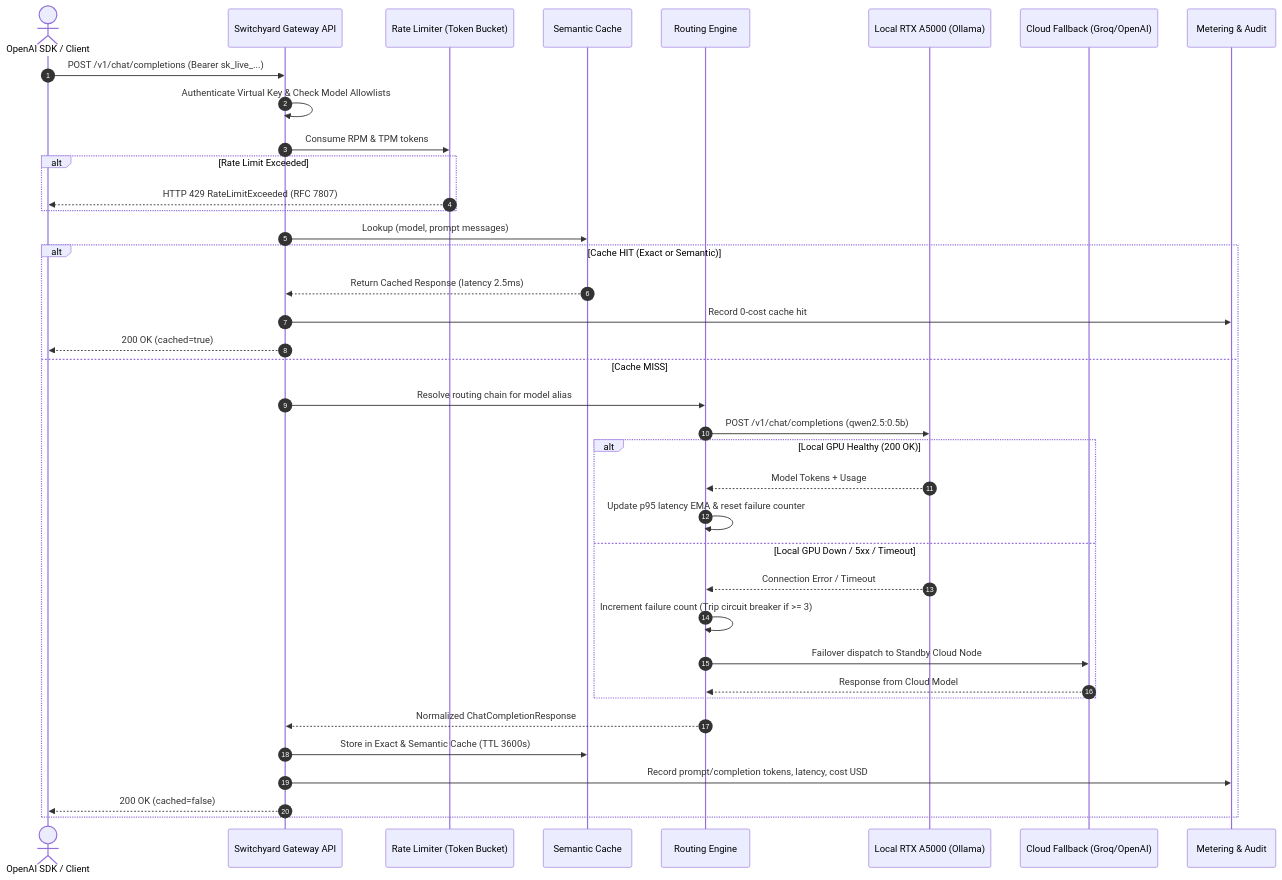
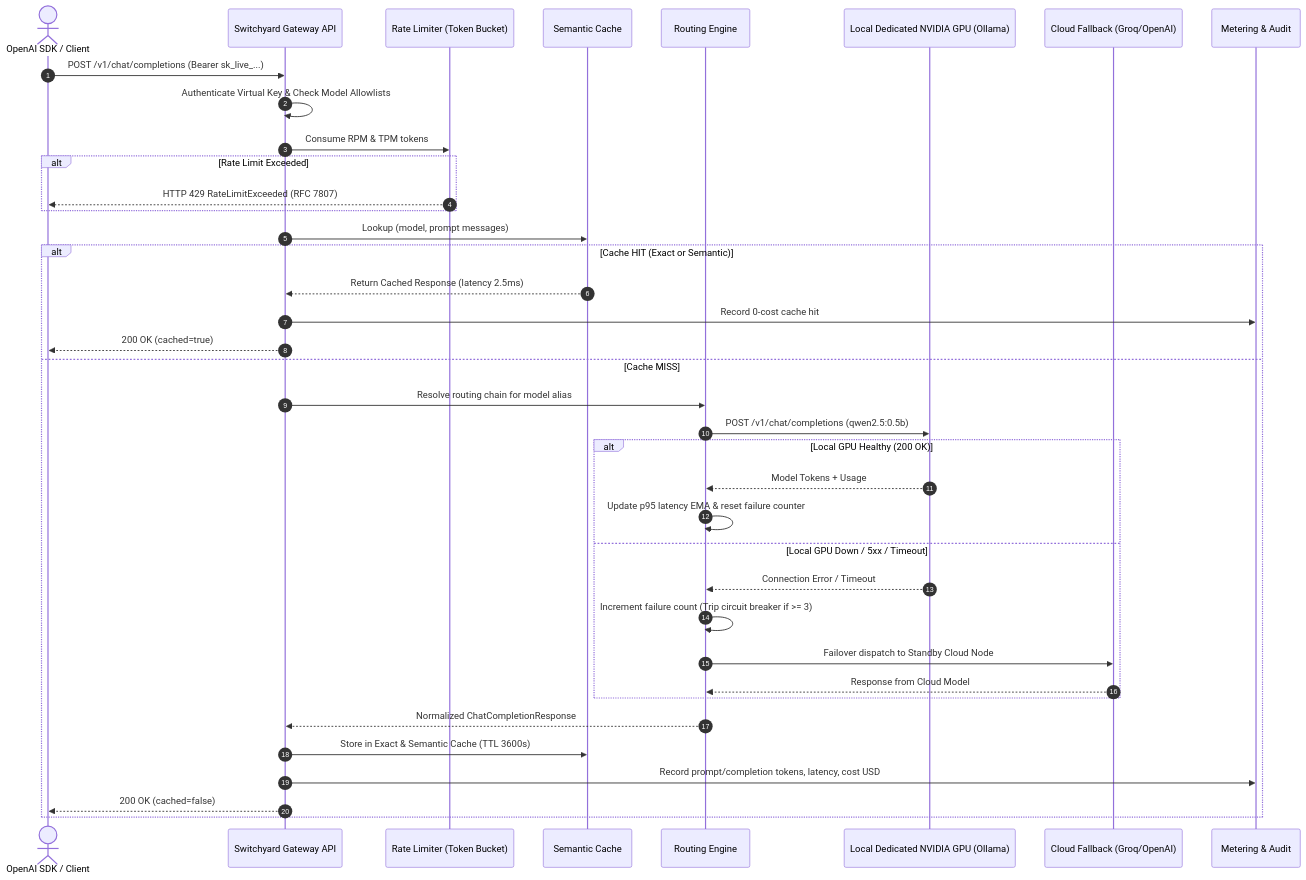
The second of 3 diagrams in docs/architecture.md (Kyrollo/switchyard), drawn with Mermaid before and after one commit. The commit also changed other lines of this file and 8 other files, not shown here.

````diff
--- a/docs/architecture.md
+++ b/docs/architecture.md
@@ -65,42 +65,42 @@
 ```mermaid
 sequenceDiagram
     autonumber
     actor Client as OpenAI SDK / Client
     participant GW as Switchyard Gateway API
     participant RL as Rate Limiter (Token Bucket)
     participant SC as Semantic Cache
     participant RE as Routing Engine
-    participant GPU as Local RTX A5000 (Ollama)
+    participant GPU as Local Dedicated NVIDIA GPU (Ollama)
     participant FB as Cloud Fallback (Groq/OpenAI)
     participant MT as Metering & Audit
 
     Client->>GW: POST /v1/chat/completions (Bearer sk_live_...)
     GW->>GW: Authenticate Virtual Key & Check Model Allowlists
     GW->>RL: Consume RPM & TPM tokens
     alt Rate Limit Exceeded
         RL-->>Client: HTTP 429 RateLimitExceeded (RFC 7807)
     end
 
     GW->>SC: Lookup (model, prompt messages)
     alt Cache HIT (Exact or Semantic)
         SC-->>GW: Return Cached Response (latency 2.5ms)
         GW->>MT: Record 0-cost cache hit
         GW-->>Client: 200 OK (cached=true)
     else Cache MISS
         GW->>RE: Resolve routing chain for model alias
         RE->>GPU: POST /v1/chat/completions (qwen2.5:0.5b)
         alt Local GPU Healthy (200 OK)
             GPU-->>RE: Model Tokens + Usage
             RE->>RE: Update p95 latency EMA & reset failure counter
         else Local GPU Down / 5xx / Timeout
             GPU-->>RE: Connection Error / Timeout
             RE->>RE: Increment failure count (Trip circuit breaker if >= 3)
             RE->>FB: Failover dispatch to Standby Cloud Node
             FB-->>RE: Response from Cloud Model
         end
         RE-->>GW: Normalized ChatCompletionResponse
         GW->>SC: Store in Exact & Semantic Cache (TTL 3600s)
         GW->>MT: Record prompt/completion tokens, latency, cost USD
         GW-->>Client: 200 OK (cached=false)
     end
 ```
````
